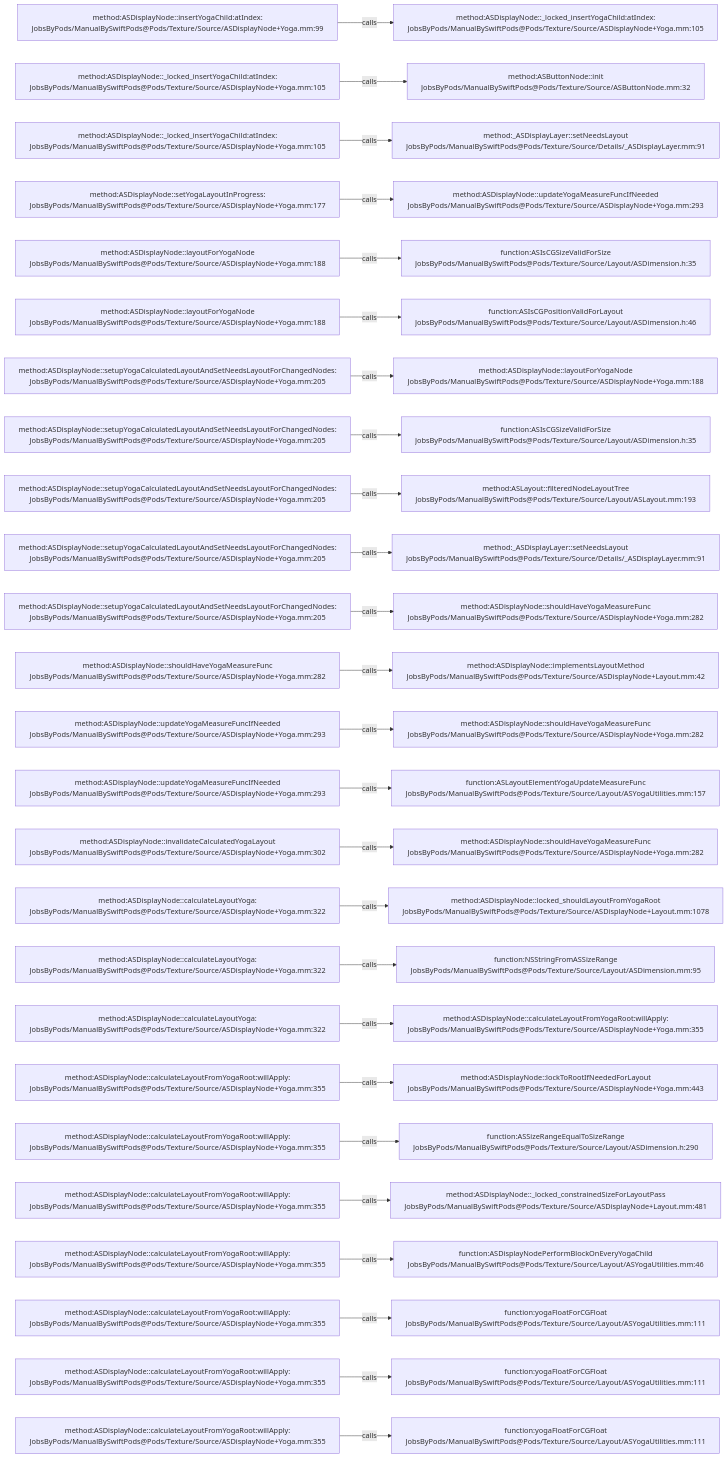
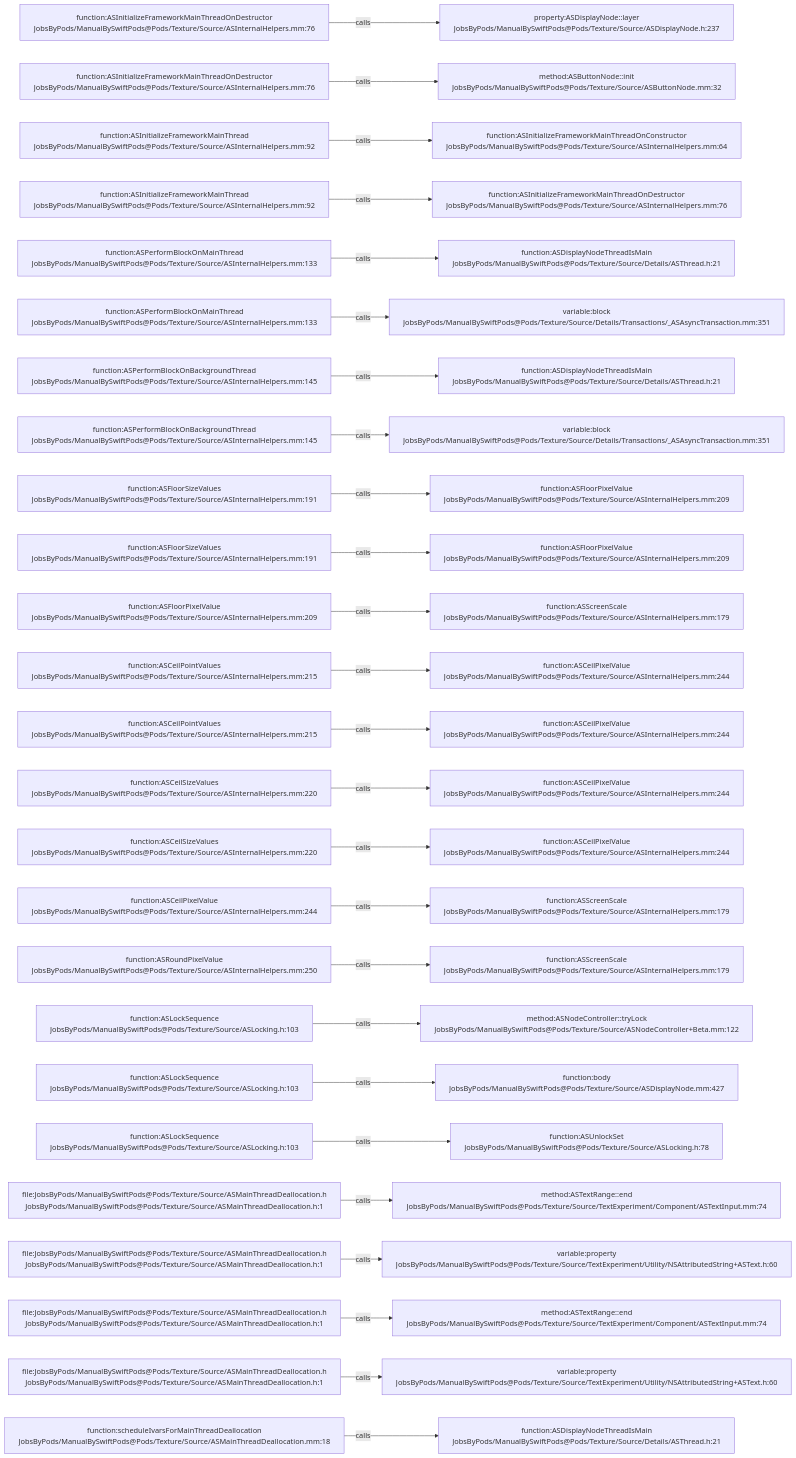
The diagram in .codegraph/codegraph.md/graphs/calls-044.md (JobsKits/JobsSwiftBaseConfigDemo), drawn with Mermaid before and after one commit. The commit also changed 832 other files, not shown here.

````diff
--- a/.codegraph/codegraph.md/graphs/calls-044.md
+++ b/.codegraph/codegraph.md/graphs/calls-044.md
@@ -13,78 +13,78 @@
 ```mermaid
 flowchart LR
-  S1["method:ASDisplayNode::insertYogaChild:atIndex:<br/>JobsByPods/ManualBySwiftPods@Pods/Texture/Source/ASDisplayNode+Yoga.mm:99"]
-  T1["method:ASDisplayNode::_locked_insertYogaChild:atIndex:<br/>JobsByPods/ManualBySwiftPods@Pods/Texture/Source/ASDisplayNode+Yoga.mm:105"]
+  S1["function:ASInitializeFrameworkMainThreadOnDestructor<br/>JobsByPods/ManualBySwiftPods@Pods/Texture/Source/ASInternalHelpers.mm:76"]
+  T1["property:ASDisplayNode::layer<br/>JobsByPods/ManualBySwiftPods@Pods/Texture/Source/ASDisplayNode.h:237"]
   S1 -->|calls| T1
-  S2["method:ASDisplayNode::_locked_insertYogaChild:atIndex:<br/>JobsByPods/ManualBySwiftPods@Pods/Texture/Source/ASDisplayNode+Yoga.mm:105"]
+  S2["function:ASInitializeFrameworkMainThreadOnDestructor<br/>JobsByPods/ManualBySwiftPods@Pods/Texture/Source/ASInternalHelpers.mm:76"]
   T2["method:ASButtonNode::init<br/>JobsByPods/ManualBySwiftPods@Pods/Texture/Source/ASButtonNode.mm:32"]
   S2 -->|calls| T2
-  S3["method:ASDisplayNode::_locked_insertYogaChild:atIndex:<br/>JobsByPods/ManualBySwiftPods@Pods/Texture/Source/ASDisplayNode+Yoga.mm:105"]
-  T3["method:_ASDisplayLayer::setNeedsLayout<br/>JobsByPods/ManualBySwiftPods@Pods/Texture/Source/Details/_ASDisplayLayer.mm:91"]
+  S3["function:ASInitializeFrameworkMainThread<br/>JobsByPods/ManualBySwiftPods@Pods/Texture/Source/ASInternalHelpers.mm:92"]
+  T3["function:ASInitializeFrameworkMainThreadOnConstructor<br/>JobsByPods/ManualBySwiftPods@Pods/Texture/Source/ASInternalHelpers.mm:64"]
   S3 -->|calls| T3
-  S4["method:ASDisplayNode::setYogaLayoutInProgress:<br/>JobsByPods/ManualBySwiftPods@Pods/Texture/Source/ASDisplayNode+Yoga.mm:177"]
-  T4["method:ASDisplayNode::updateYogaMeasureFuncIfNeeded<br/>JobsByPods/ManualBySwiftPods@Pods/Texture/Source/ASDisplayNode+Yoga.mm:293"]
+  S4["function:ASInitializeFrameworkMainThread<br/>JobsByPods/ManualBySwiftPods@Pods/Texture/Source/ASInternalHelpers.mm:92"]
+  T4["function:ASInitializeFrameworkMainThreadOnDestructor<br/>JobsByPods/ManualBySwiftPods@Pods/Texture/Source/ASInternalHelpers.mm:76"]
   S4 -->|calls| T4
-  S5["method:ASDisplayNode::layoutForYogaNode<br/>JobsByPods/ManualBySwiftPods@Pods/Texture/Source/ASDisplayNode+Yoga.mm:188"]
-  T5["function:ASIsCGSizeValidForSize<br/>JobsByPods/ManualBySwiftPods@Pods/Texture/Source/Layout/ASDimension.h:35"]
+  S5["function:ASPerformBlockOnMainThread<br/>JobsByPods/ManualBySwiftPods@Pods/Texture/Source/ASInternalHelpers.mm:133"]
+  T5["function:ASDisplayNodeThreadIsMain<br/>JobsByPods/ManualBySwiftPods@Pods/Texture/Source/Details/ASThread.h:21"]
   S5 -->|calls| T5
-  S6["method:ASDisplayNode::layoutForYogaNode<br/>JobsByPods/ManualBySwiftPods@Pods/Texture/Source/ASDisplayNode+Yoga.mm:188"]
-  T6["function:ASIsCGPositionValidForLayout<br/>JobsByPods/ManualBySwiftPods@Pods/Texture/Source/Layout/ASDimension.h:46"]
+  S6["function:ASPerformBlockOnMainThread<br/>JobsByPods/ManualBySwiftPods@Pods/Texture/Source/ASInternalHelpers.mm:133"]
+  T6["variable:block<br/>JobsByPods/ManualBySwiftPods@Pods/Texture/Source/Details/Transactions/_ASAsyncTransaction.mm:351"]
   S6 -->|calls| T6
-  S7["method:ASDisplayNode::setupYogaCalculatedLayoutAndSetNeedsLayoutForChangedNodes:<br/>JobsByPods/ManualBySwiftPods@Pods/Texture/Source/ASDisplayNode+Yoga.mm:205"]
-  T7["method:ASDisplayNode::layoutForYogaNode<br/>JobsByPods/ManualBySwiftPods@Pods/Texture/Source/ASDisplayNode+Yoga.mm:188"]
+  S7["function:ASPerformBlockOnBackgroundThread<br/>JobsByPods/ManualBySwiftPods@Pods/Texture/Source/ASInternalHelpers.mm:145"]
+  T7["function:ASDisplayNodeThreadIsMain<br/>JobsByPods/ManualBySwiftPods@Pods/Texture/Source/Details/ASThread.h:21"]
   S7 -->|calls| T7
-  S8["method:ASDisplayNode::setupYogaCalculatedLayoutAndSetNeedsLayoutForChangedNodes:<br/>JobsByPods/ManualBySwiftPods@Pods/Texture/Source/ASDisplayNode+Yoga.mm:205"]
-  T8["function:ASIsCGSizeValidForSize<br/>JobsByPods/ManualBySwiftPods@Pods/Texture/Source/Layout/ASDimension.h:35"]
+  S8["function:ASPerformBlockOnBackgroundThread<br/>JobsByPods/ManualBySwiftPods@Pods/Texture/Source/ASInternalHelpers.mm:145"]
+  T8["variable:block<br/>JobsByPods/ManualBySwiftPods@Pods/Texture/Source/Details/Transactions/_ASAsyncTransaction.mm:351"]
   S8 -->|calls| T8
-  S9["method:ASDisplayNode::setupYogaCalculatedLayoutAndSetNeedsLayoutForChangedNodes:<br/>JobsByPods/ManualBySwiftPods@Pods/Texture/Source/ASDisplayNode+Yoga.mm:205"]
-  T9["method:ASLayout::filteredNodeLayoutTree<br/>JobsByPods/ManualBySwiftPods@Pods/Texture/Source/Layout/ASLayout.mm:193"]
+  S9["function:ASFloorSizeValues<br/>JobsByPods/ManualBySwiftPods@Pods/Texture/Source/ASInternalHelpers.mm:191"]
+  T9["function:ASFloorPixelValue<br/>JobsByPods/ManualBySwiftPods@Pods/Texture/Source/ASInternalHelpers.mm:209"]
   S9 -->|calls| T9
-  S10["method:ASDisplayNode::setupYogaCalculatedLayoutAndSetNeedsLayoutForChangedNodes:<br/>JobsByPods/ManualBySwiftPods@Pods/Texture/Source/ASDisplayNode+Yoga.mm:205"]
-  T10["method:_ASDisplayLayer::setNeedsLayout<br/>JobsByPods/ManualBySwiftPods@Pods/Texture/Source/Details/_ASDisplayLayer.mm:91"]
+  S10["function:ASFloorSizeValues<br/>JobsByPods/ManualBySwiftPods@Pods/Texture/Source/ASInternalHelpers.mm:191"]
+  T10["function:ASFloorPixelValue<br/>JobsByPods/ManualBySwiftPods@Pods/Texture/Source/ASInternalHelpers.mm:209"]
   S10 -->|calls| T10
-  S11["method:ASDisplayNode::setupYogaCalculatedLayoutAndSetNeedsLayoutForChangedNodes:<br/>JobsByPods/ManualBySwiftPods@Pods/Texture/Source/ASDisplayNode+Yoga.mm:205"]
-  T11["method:ASDisplayNode::shouldHaveYogaMeasureFunc<br/>JobsByPods/ManualBySwiftPods@Pods/Texture/Source/ASDisplayNode+Yoga.mm:282"]
+  S11["function:ASFloorPixelValue<br/>JobsByPods/ManualBySwiftPods@Pods/Texture/Source/ASInternalHelpers.mm:209"]
+  T11["function:ASScreenScale<br/>JobsByPods/ManualBySwiftPods@Pods/Texture/Source/ASInternalHelpers.mm:179"]
   S11 -->|calls| T11
-  S12["method:ASDisplayNode::shouldHaveYogaMeasureFunc<br/>JobsByPods/ManualBySwiftPods@Pods/Texture/Source/ASDisplayNode+Yoga.mm:282"]
-  T12["method:ASDisplayNode::implementsLayoutMethod<br/>JobsByPods/ManualBySwiftPods@Pods/Texture/Source/ASDisplayNode+Layout.mm:42"]
+  S12["function:ASCeilPointValues<br/>JobsByPods/ManualBySwiftPods@Pods/Texture/Source/ASInternalHelpers.mm:215"]
+  T12["function:ASCeilPixelValue<br/>JobsByPods/ManualBySwiftPods@Pods/Texture/Source/ASInternalHelpers.mm:244"]
   S12 -->|calls| T12
-  S13["method:ASDisplayNode::updateYogaMeasureFuncIfNeeded<br/>JobsByPods/ManualBySwiftPods@Pods/Texture/Source/ASDisplayNode+Yoga.mm:293"]
-  T13["method:ASDisplayNode::shouldHaveYogaMeasureFunc<br/>JobsByPods/ManualBySwiftPods@Pods/Texture/Source/ASDisplayNode+Yoga.mm:282"]
+  S13["function:ASCeilPointValues<br/>JobsByPods/ManualBySwiftPods@Pods/Texture/Source/ASInternalHelpers.mm:215"]
+  T13["function:ASCeilPixelValue<br/>JobsByPods/ManualBySwiftPods@Pods/Texture/Source/ASInternalHelpers.mm:244"]
   S13 -->|calls| T13
-  S14["method:ASDisplayNode::updateYogaMeasureFuncIfNeeded<br/>JobsByPods/ManualBySwiftPods@Pods/Texture/Source/ASDisplayNode+Yoga.mm:293"]
-  T14["function:ASLayoutElementYogaUpdateMeasureFunc<br/>JobsByPods/ManualBySwiftPods@Pods/Texture/Source/Layout/ASYogaUtilities.mm:157"]
+  S14["function:ASCeilSizeValues<br/>JobsByPods/ManualBySwiftPods@Pods/Texture/Source/ASInternalHelpers.mm:220"]
+  T14["function:ASCeilPixelValue<br/>JobsByPods/ManualBySwiftPods@Pods/Texture/Source/ASInternalHelpers.mm:244"]
   S14 -->|calls| T14
-  S15["method:ASDisplayNode::invalidateCalculatedYogaLayout<br/>JobsByPods/ManualBySwiftPods@Pods/Texture/Source/ASDisplayNode+Yoga.mm:302"]
-  T15["method:ASDisplayNode::shouldHaveYogaMeasureFunc<br/>JobsByPods/ManualBySwiftPods@Pods/Texture/Source/ASDisplayNode+Yoga.mm:282"]
+  S15["function:ASCeilSizeValues<br/>JobsByPods/ManualBySwiftPods@Pods/Texture/Source/ASInternalHelpers.mm:220"]
+  T15["function:ASCeilPixelValue<br/>JobsByPods/ManualBySwiftPods@Pods/Texture/Source/ASInternalHelpers.mm:244"]
   S15 -->|calls| T15
-  S16["method:ASDisplayNode::calculateLayoutYoga:<br/>JobsByPods/ManualBySwiftPods@Pods/Texture/Source/ASDisplayNode+Yoga.mm:322"]
-  T16["method:ASDisplayNode::locked_shouldLayoutFromYogaRoot<br/>JobsByPods/ManualBySwiftPods@Pods/Texture/Source/ASDisplayNode+Layout.mm:1078"]
+  S16["function:ASCeilPixelValue<br/>JobsByPods/ManualBySwiftPods@Pods/Texture/Source/ASInternalHelpers.mm:244"]
+  T16["function:ASScreenScale<br/>JobsByPods/ManualBySwiftPods@Pods/Texture/Source/ASInternalHelpers.mm:179"]
   S16 -->|calls| T16
-  S17["method:ASDisplayNode::calculateLayoutYoga:<br/>JobsByPods/ManualBySwiftPods@Pods/Texture/Source/ASDisplayNode+Yoga.mm:322"]
-  T17["function:NSStringFromASSizeRange<br/>JobsByPods/ManualBySwiftPods@Pods/Texture/Source/Layout/ASDimension.mm:95"]
+  S17["function:ASRoundPixelValue<br/>JobsByPods/ManualBySwiftPods@Pods/Texture/Source/ASInternalHelpers.mm:250"]
+  T17["function:ASScreenScale<br/>JobsByPods/ManualBySwiftPods@Pods/Texture/Source/ASInternalHelpers.mm:179"]
   S17 -->|calls| T17
-  S18["method:ASDisplayNode::calculateLayoutYoga:<br/>JobsByPods/ManualBySwiftPods@Pods/Texture/Source/ASDisplayNode+Yoga.mm:322"]
-  T18["method:ASDisplayNode::calculateLayoutFromYogaRoot:willApply:<br/>JobsByPods/ManualBySwiftPods@Pods/Texture/Source/ASDisplayNode+Yoga.mm:355"]
+  S18["function:ASLockSequence<br/>JobsByPods/ManualBySwiftPods@Pods/Texture/Source/ASLocking.h:103"]
+  T18["method:ASNodeController::tryLock<br/>JobsByPods/ManualBySwiftPods@Pods/Texture/Source/ASNodeController+Beta.mm:122"]
   S18 -->|calls| T18
-  S19["method:ASDisplayNode::calculateLayoutFromYogaRoot:willApply:<br/>JobsByPods/ManualBySwiftPods@Pods/Texture/Source/ASDisplayNode+Yoga.mm:355"]
-  T19["method:ASDisplayNode::lockToRootIfNeededForLayout<br/>JobsByPods/ManualBySwiftPods@Pods/Texture/Source/ASDisplayNode+Yoga.mm:443"]
+  S19["function:ASLockSequence<br/>JobsByPods/ManualBySwiftPods@Pods/Texture/Source/ASLocking.h:103"]
+  T19["function:body<br/>JobsByPods/ManualBySwiftPods@Pods/Texture/Source/ASDisplayNode.mm:427"]
   S19 -->|calls| T19
-  S20["method:ASDisplayNode::calculateLayoutFromYogaRoot:willApply:<br/>JobsByPods/ManualBySwiftPods@Pods/Texture/Source/ASDisplayNode+Yoga.mm:355"]
-  T20["function:ASSizeRangeEqualToSizeRange<br/>JobsByPods/ManualBySwiftPods@Pods/Texture/Source/Layout/ASDimension.h:290"]
+  S20["function:ASLockSequence<br/>JobsByPods/ManualBySwiftPods@Pods/Texture/Source/ASLocking.h:103"]
+  T20["function:ASUnlockSet<br/>JobsByPods/ManualBySwiftPods@Pods/Texture/Source/ASLocking.h:78"]
   S20 -->|calls| T20
-  S21["method:ASDisplayNode::calculateLayoutFromYogaRoot:willApply:<br/>JobsByPods/ManualBySwiftPods@Pods/Texture/Source/ASDisplayNode+Yoga.mm:355"]
-  T21["method:ASDisplayNode::_locked_constrainedSizeForLayoutPass<br/>JobsByPods/ManualBySwiftPods@Pods/Texture/Source/ASDisplayNode+Layout.mm:481"]
+  S21["file:JobsByPods/ManualBySwiftPods@Pods/Texture/Source/ASMainThreadDeallocation.h<br/>JobsByPods/ManualBySwiftPods@Pods/Texture/Source/ASMainThreadDeallocation.h:1"]
+  T21["method:ASTextRange::end<br/>JobsByPods/ManualBySwiftPods@Pods/Texture/Source/TextExperiment/Component/ASTextInput.mm:74"]
   S21 -->|calls| T21
-  S22["method:ASDisplayNode::calculateLayoutFromYogaRoot:willApply:<br/>JobsByPods/ManualBySwiftPods@Pods/Texture/Source/ASDisplayNode+Yoga.mm:355"]
-  T22["function:ASDisplayNodePerformBlockOnEveryYogaChild<br/>JobsByPods/ManualBySwiftPods@Pods/Texture/Source/Layout/ASYogaUtilities.mm:46"]
+  S22["file:JobsByPods/ManualBySwiftPods@Pods/Texture/Source/ASMainThreadDeallocation.h<br/>JobsByPods/ManualBySwiftPods@Pods/Texture/Source/ASMainThreadDeallocation.h:1"]
+  T22["variable:property<br/>JobsByPods/ManualBySwiftPods@Pods/Texture/Source/TextExperiment/Utility/NSAttributedString+ASText.h:60"]
   S22 -->|calls| T22
-  S23["method:ASDisplayNode::calculateLayoutFromYogaRoot:willApply:<br/>JobsByPods/ManualBySwiftPods@Pods/Texture/Source/ASDisplayNode+Yoga.mm:355"]
-  T23["function:yogaFloatForCGFloat<br/>JobsByPods/ManualBySwiftPods@Pods/Texture/Source/Layout/ASYogaUtilities.mm:111"]
+  S23["file:JobsByPods/ManualBySwiftPods@Pods/Texture/Source/ASMainThreadDeallocation.h<br/>JobsByPods/ManualBySwiftPods@Pods/Texture/Source/ASMainThreadDeallocation.h:1"]
+  T23["method:ASTextRange::end<br/>JobsByPods/ManualBySwiftPods@Pods/Texture/Source/TextExperiment/Component/ASTextInput.mm:74"]
   S23 -->|calls| T23
-  S24["method:ASDisplayNode::calculateLayoutFromYogaRoot:willApply:<br/>JobsByPods/ManualBySwiftPods@Pods/Texture/Source/ASDisplayNode+Yoga.mm:355"]
-  T24["function:yogaFloatForCGFloat<br/>JobsByPods/ManualBySwiftPods@Pods/Texture/Source/Layout/ASYogaUtilities.mm:111"]
+  S24["file:JobsByPods/ManualBySwiftPods@Pods/Texture/Source/ASMainThreadDeallocation.h<br/>JobsByPods/ManualBySwiftPods@Pods/Texture/Source/ASMainThreadDeallocation.h:1"]
+  T24["variable:property<br/>JobsByPods/ManualBySwiftPods@Pods/Texture/Source/TextExperiment/Utility/NSAttributedString+ASText.h:60"]
   S24 -->|calls| T24
-  S25["method:ASDisplayNode::calculateLayoutFromYogaRoot:willApply:<br/>JobsByPods/ManualBySwiftPods@Pods/Texture/Source/ASDisplayNode+Yoga.mm:355"]
-  T25["function:yogaFloatForCGFloat<br/>JobsByPods/ManualBySwiftPods@Pods/Texture/Source/Layout/ASYogaUtilities.mm:111"]
+  S25["function:scheduleIvarsForMainThreadDeallocation<br/>JobsByPods/ManualBySwiftPods@Pods/Texture/Source/ASMainThreadDeallocation.mm:18"]
+  T25["function:ASDisplayNodeThreadIsMain<br/>JobsByPods/ManualBySwiftPods@Pods/Texture/Source/Details/ASThread.h:21"]
   S25 -->|calls| T25
 ```
````
